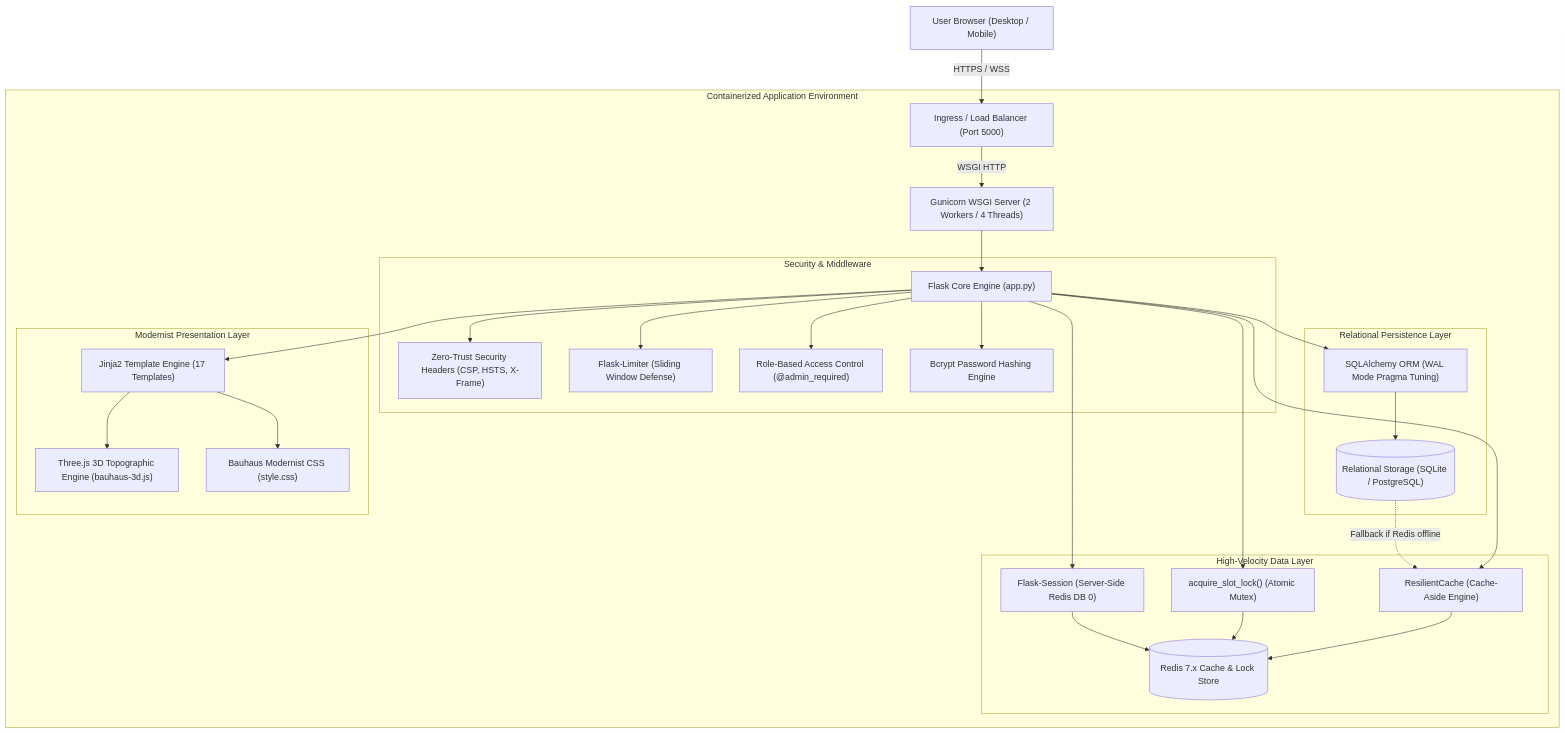
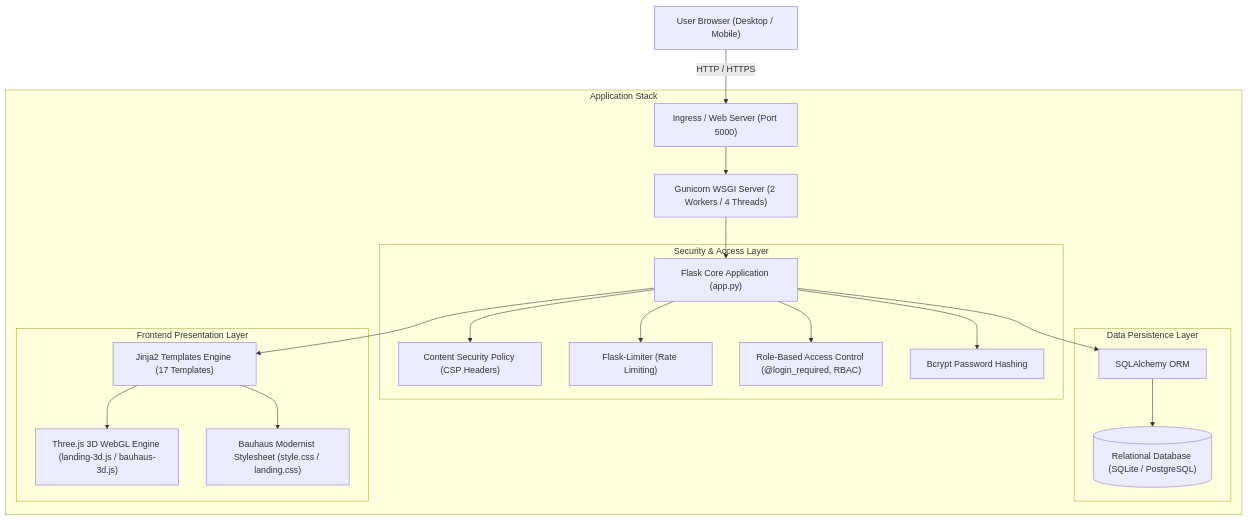
Before and after one commit to 24f2008062/Trekking-Management-Application: the diagram in README.md, drawn with Mermaid. The commit also changed other lines of this file, not shown here.

Commit message:
docs(readme): redesign README with TrekOps branding, architecture, and guides

````diff
--- a/README.md
+++ b/README.md
@@ -96,38 +61,27 @@
 ```mermaid
 graph TD
-    Client["User Browser (Desktop / Mobile)"] -->|HTTPS / WSS| Ingress["Ingress / Load Balancer (Port 5000)"]
+    Client["User Browser (Desktop / Mobile)"] -->|HTTP / HTTPS| Ingress["Ingress / Web Server (Port 5000)"]
     
-    subgraph Containerized Application Environment
-        Ingress -->|WSGI HTTP| Gunicorn["Gunicorn WSGI Server (2 Workers / 4 Threads)"]
-        Gunicorn --> FlaskApp["Flask Core Engine (app.py)"]
+    subgraph Application Stack
+        Ingress --> Gunicorn["Gunicorn WSGI Server (2 Workers / 4 Threads)"]
+        Gunicorn --> FlaskApp["Flask Core Application (app.py)"]
         
-        subgraph Security & Middleware
-            FlaskApp --> CSP["Zero-Trust Security Headers (CSP, HSTS, X-Frame)"]
-            FlaskApp --> RateLimiter["Flask-Limiter (Sliding Window Defense)"]
-            FlaskApp --> RBAC["Role-Based Access Control (@admin_required)"]
-            FlaskApp --> Bcrypt["Bcrypt Password Hashing Engine"]
+        subgraph Security & Access Layer
+            FlaskApp --> CSP["Content Security Policy (CSP Headers)"]
+            FlaskApp --> Limiter["Flask-Limiter (Rate Limiting)"]
+            FlaskApp --> Auth["Role-Based Access Control (@login_required, RBAC)"]
+            FlaskApp --> Bcrypt["Bcrypt Password Hashing"]
         end
         
-        subgraph High-Velocity Data Layer
-            FlaskApp --> CacheAside["ResilientCache (Cache-Aside Engine)"]
-            FlaskApp --> DistributedLock["acquire_slot_lock() (Atomic Mutex)"]
-            FlaskApp --> SessionStore["Flask-Session (Server-Side Redis DB 0)"]
-            CacheAside --> RedisCluster[("Redis 7.x Cache & Lock Store")]
-            DistributedLock --> RedisCluster
-            SessionStore --> RedisCluster
+        subgraph Data Persistence Layer
+            FlaskApp --> SQLAlchemy["SQLAlchemy ORM"]
+            SQLAlchemy --> Database[("Relational Database (SQLite / PostgreSQL)")]
         end
         
-        subgraph Relational Persistence Layer
-            FlaskApp --> SQLAlchemy["SQLAlchemy ORM (WAL Mode Pragma Tuning)"]
-            SQLAlchemy --> RelationalDB[("Relational Storage (SQLite / PostgreSQL)")]
-        end
-        
-        subgraph Modernist Presentation Layer
-            FlaskApp --> Jinja["Jinja2 Template Engine (17 Templates)"]
-            Jinja --> ThreeJS["Three.js 3D Topographic Engine (bauhaus-3d.js)"]
-            Jinja --> BauhausCSS["Bauhaus Modernist CSS (style.css)"]
+        subgraph Frontend Presentation Layer
+            FlaskApp --> Jinja["Jinja2 Templates Engine (17 Templates)"]
+            Jinja --> ThreeJS["Three.js 3D WebGL Engine (landing-3d.js / bauhaus-3d.js)"]
+            Jinja --> BauhausCSS["Bauhaus Modernist Stylesheet (style.css / landing.css)"]
         end
     end
-
-    RelationalDB -.->|Fallback if Redis offline| CacheAside
 ```
````
